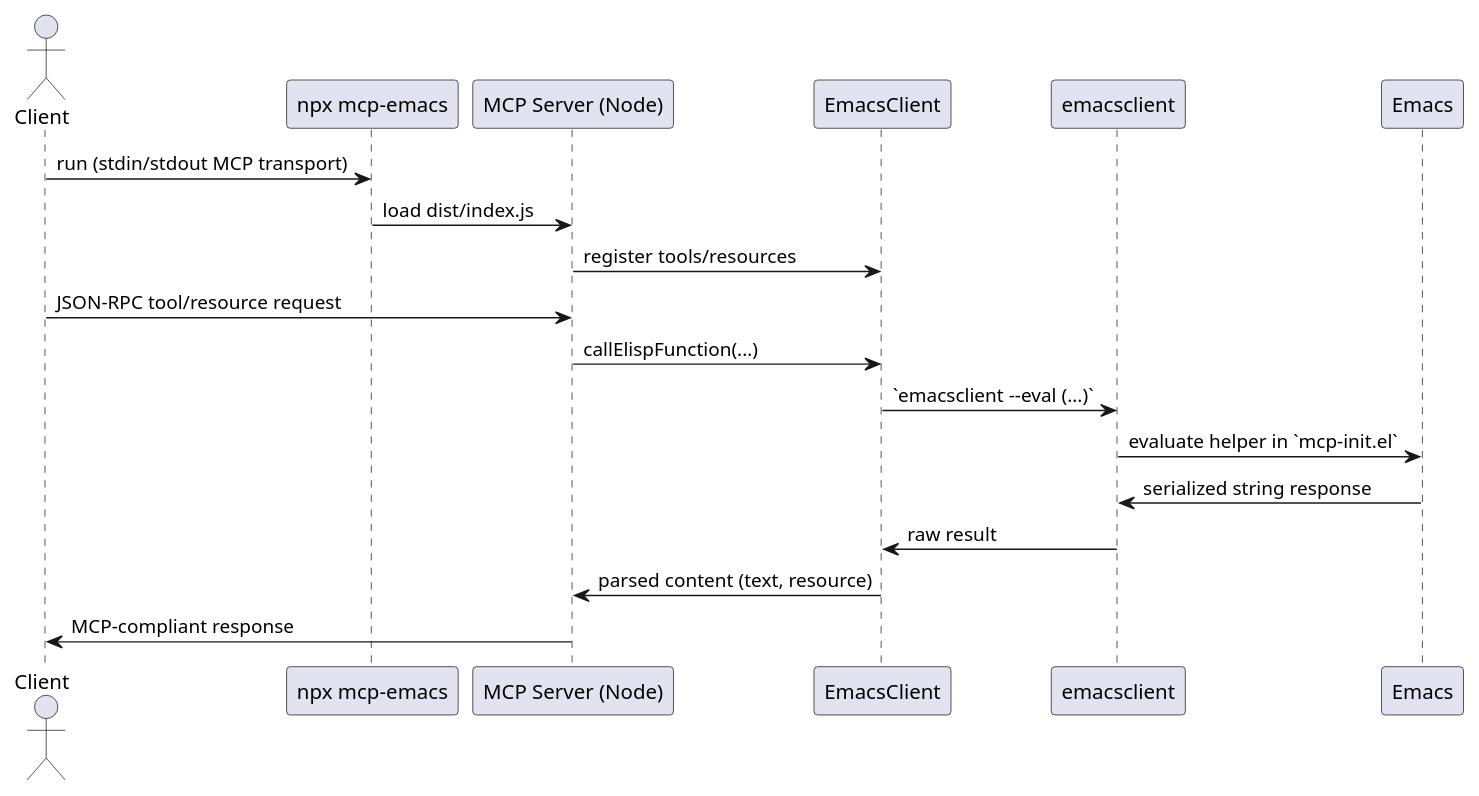
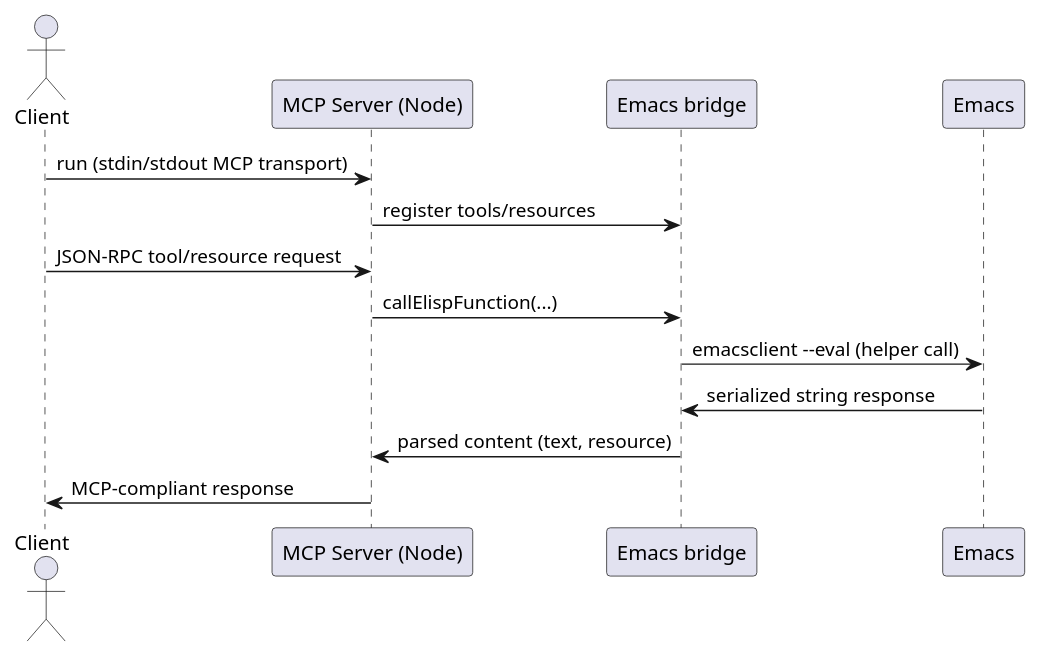
One commit to gbastkowski/mcp-emacs changed the diagram in docs/architecture.puml. Above: the diagram before and after it, drawn with PlantUML. The commit also changed 1 other file, not shown here.

Commit message:
simplify architecture diagram

```diff
--- a/docs/architecture.puml
+++ b/docs/architecture.puml
@@ -1,20 +1,15 @@
 @startuml
 actor Client
-participant "npx mcp-emacs" as Launcher
 participant "MCP Server (Node)" as Server
-participant "EmacsClient" as EmacsClient
-participant "emacsclient" as EmacsBinary
+participant "Emacs bridge" as Bridge
 participant "Emacs" as Emacs
 
-Client -> Launcher: run (stdin/stdout MCP transport)
-Launcher -> Server: load dist/index.js
-Server -> EmacsClient: register tools/resources
+Client -> Server: run (stdin/stdout MCP transport)
+Server -> Bridge: register tools/resources
 Client -> Server: JSON-RPC tool/resource request
-Server -> EmacsClient: callElispFunction(...)
-EmacsClient -> EmacsBinary: `emacsclient --eval (...)`
-EmacsBinary -> Emacs: evaluate helper in `mcp-init.el`
-Emacs -> EmacsBinary: serialized string response
-EmacsBinary -> EmacsClient: raw result
-EmacsClient -> Server: parsed content (text, resource)
+Server -> Bridge: callElispFunction(...)
+Bridge -> Emacs: emacsclient --eval (helper call)
+Emacs -> Bridge: serialized string response
+Bridge -> Server: parsed content (text, resource)
 Server -> Client: MCP-compliant response
 @enduml
```
